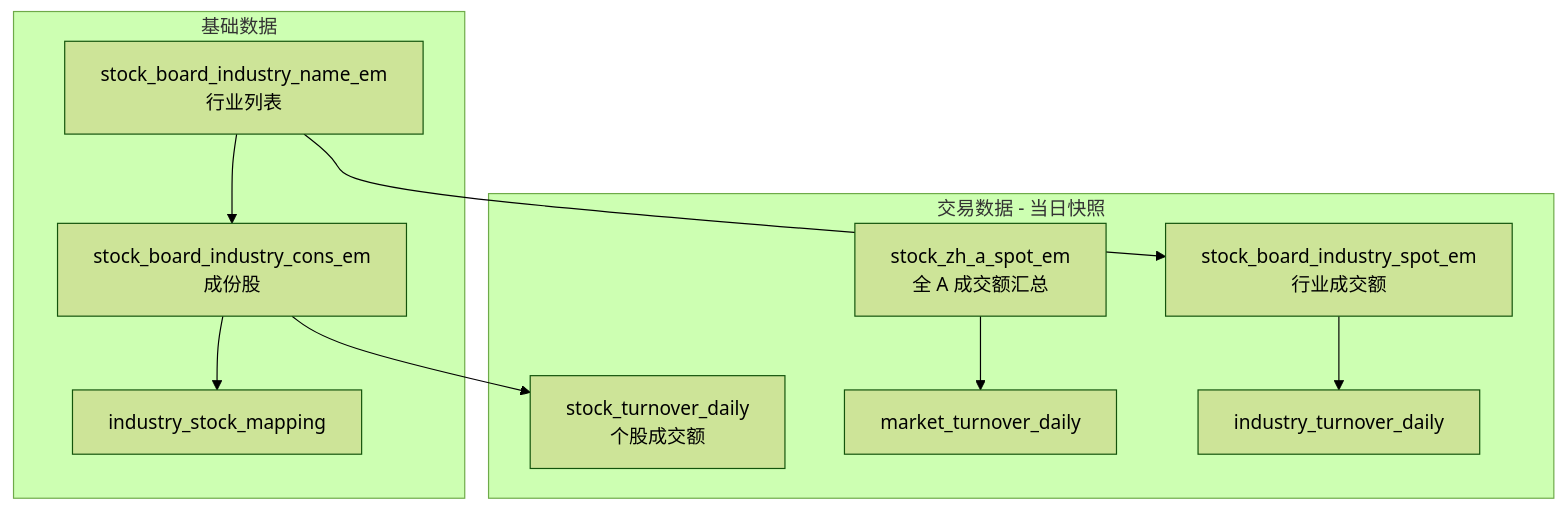
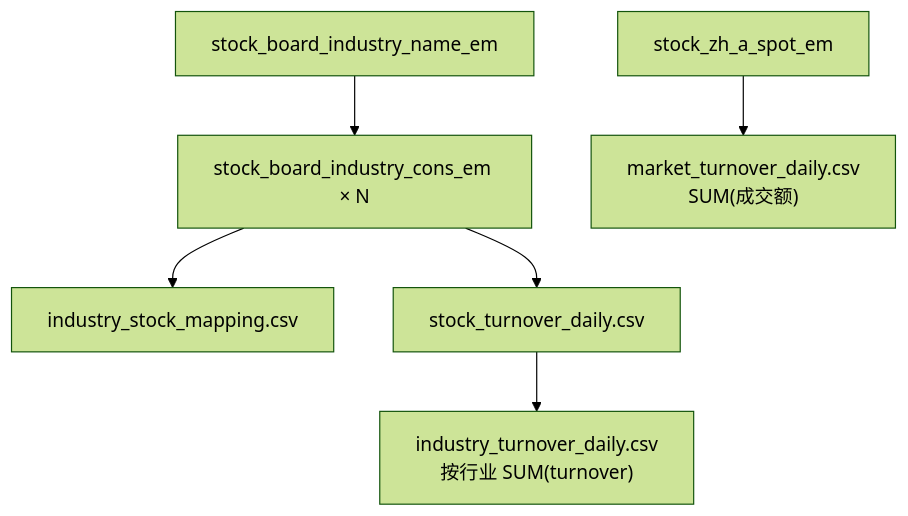
The diagram in docs/REQUIREMENTS.md (Austin-Wang-1993/Trend_Analysis), drawn with Mermaid (forest theme) before and after one commit. The commit also changed other lines of this file and 5 other files, not shown here.

````diff
--- a/docs/REQUIREMENTS.md
+++ b/docs/REQUIREMENTS.md
@@ -218,18 +188,8 @@
 ```mermaid
 flowchart TB
-    subgraph base [基础数据]
-        IND["stock_board_industry_name_em<br/>行业列表"]
-        CONS["stock_board_industry_cons_em<br/>成份股"]
-        IND --> CONS
-        CONS --> MAP["industry_stock_mapping"]
-    end
-
-    subgraph trade [交易数据 - 当日快照]
-        SPOT_A["stock_zh_a_spot_em<br/>全 A 成交额汇总"]
-        SPOT_I["stock_board_industry_spot_em<br/>行业成交额"]
-        CONS --> STOCK_T["stock_turnover_daily<br/>个股成交额"]
-        IND --> SPOT_I
-        SPOT_A --> MKT["market_turnover_daily"]
-        SPOT_I --> IND_T["industry_turnover_daily"]
-    end
+    IND["stock_board_industry_name_em"] --> CONS["stock_board_industry_cons_em × N"]
+    CONS --> MAP["industry_stock_mapping.csv"]
+    CONS --> STOCK["stock_turnover_daily.csv"]
+    STOCK --> IND_T["industry_turnover_daily.csv<br/>按行业 SUM(turnover)"]
+    SPOT_A["stock_zh_a_spot_em"] --> MKT["market_turnover_daily.csv<br/>SUM(成交额)"]
 ```
````
